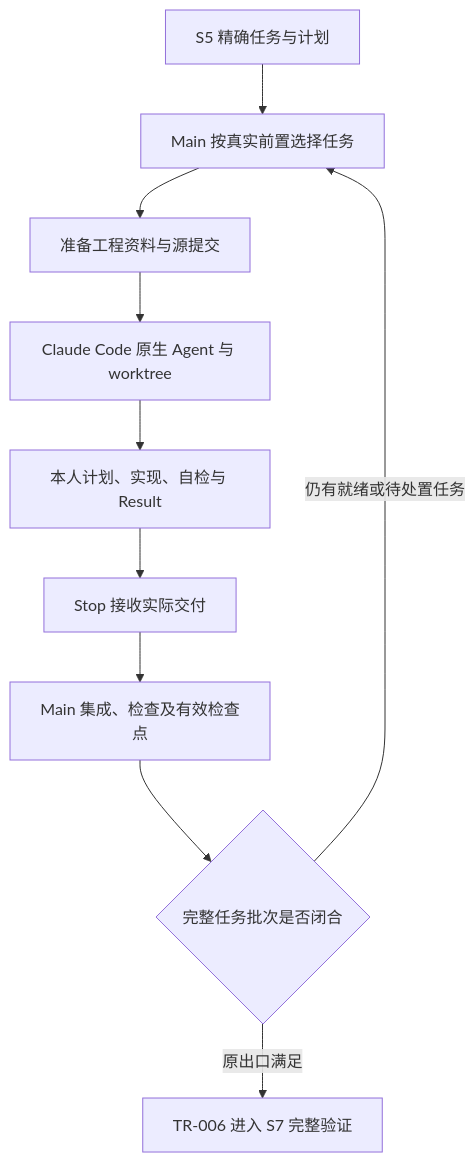
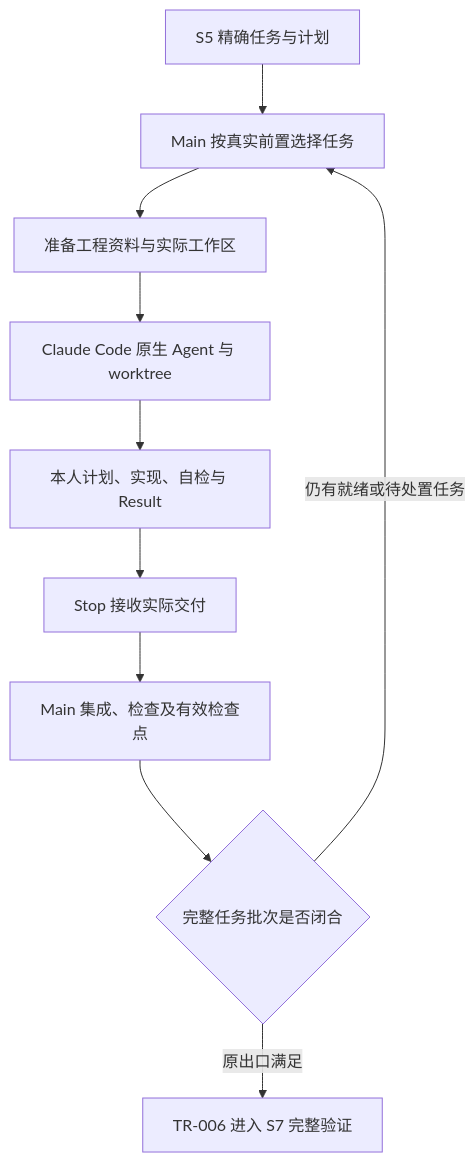
Before and after one commit to entroforge/go-system-builder: the diagram in blueprint/l3-stages/L3-S6-build.md, drawn with Mermaid. The commit also changed other lines of this file and 1694 other files, not shown here.

````diff
--- a/blueprint/l3-stages/L3-S6-build.md
+++ b/blueprint/l3-stages/L3-S6-build.md
@@ -415,12 +421,12 @@
 ```mermaid
 flowchart TD
     IN[S5 精确任务与计划] --> PICK[Main 按真实前置选择任务]
-    PICK --> PREP[准备工程资料与源提交]
+    PICK --> PREP[准备工程资料与实际工作区]
     PREP --> SPAWN[Claude Code 原生 Agent 与 worktree]
     SPAWN --> WORK[本人计划、实现、自检与 Result]
     WORK --> STOP[Stop 接收实际交付]
     STOP --> MAIN[Main 集成、检查及有效检查点]
     MAIN --> NEXT{完整任务批次是否闭合}
     NEXT -->|仍有就绪或待处置任务| PICK
     NEXT -->|原出口满足| EXIT[TR-006 进入 S7 完整验证]
 ```
````
